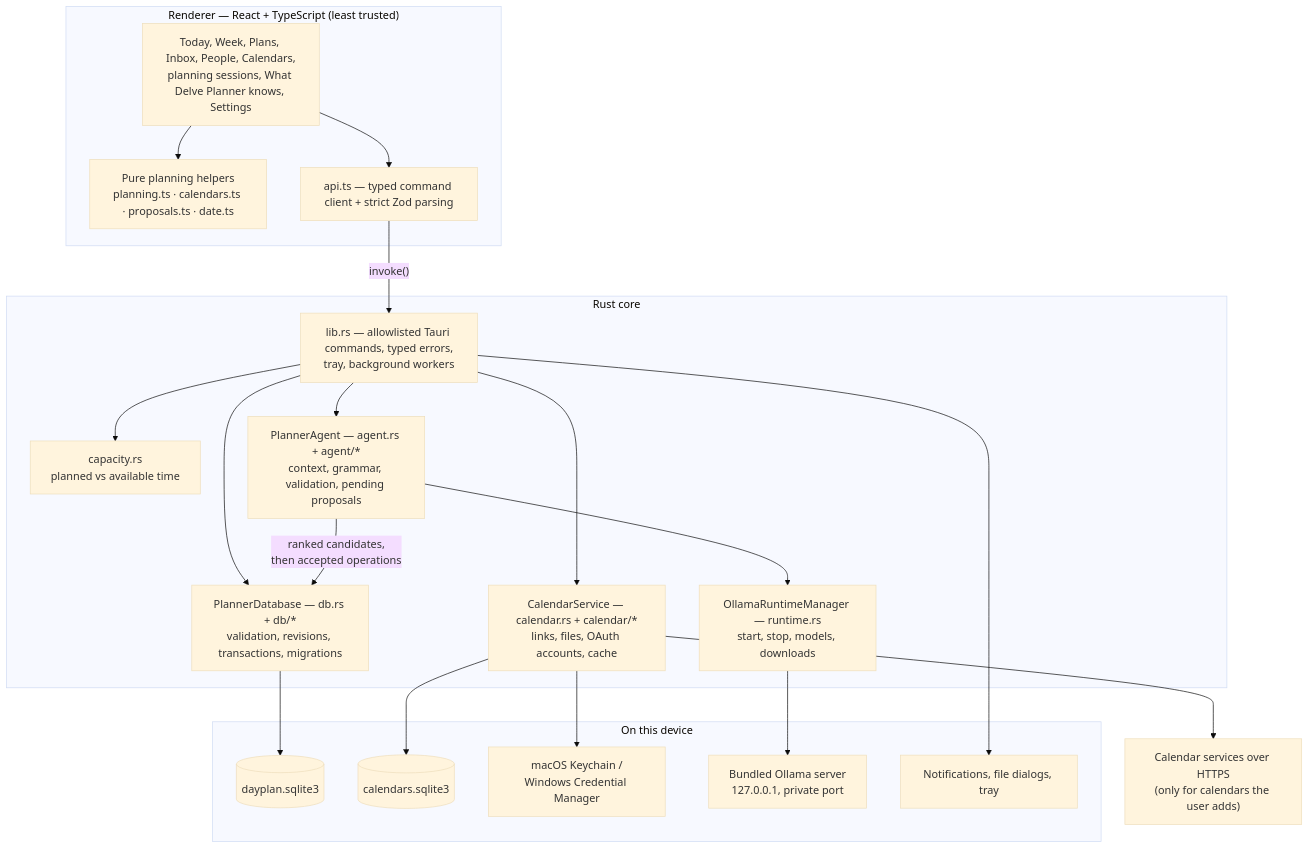
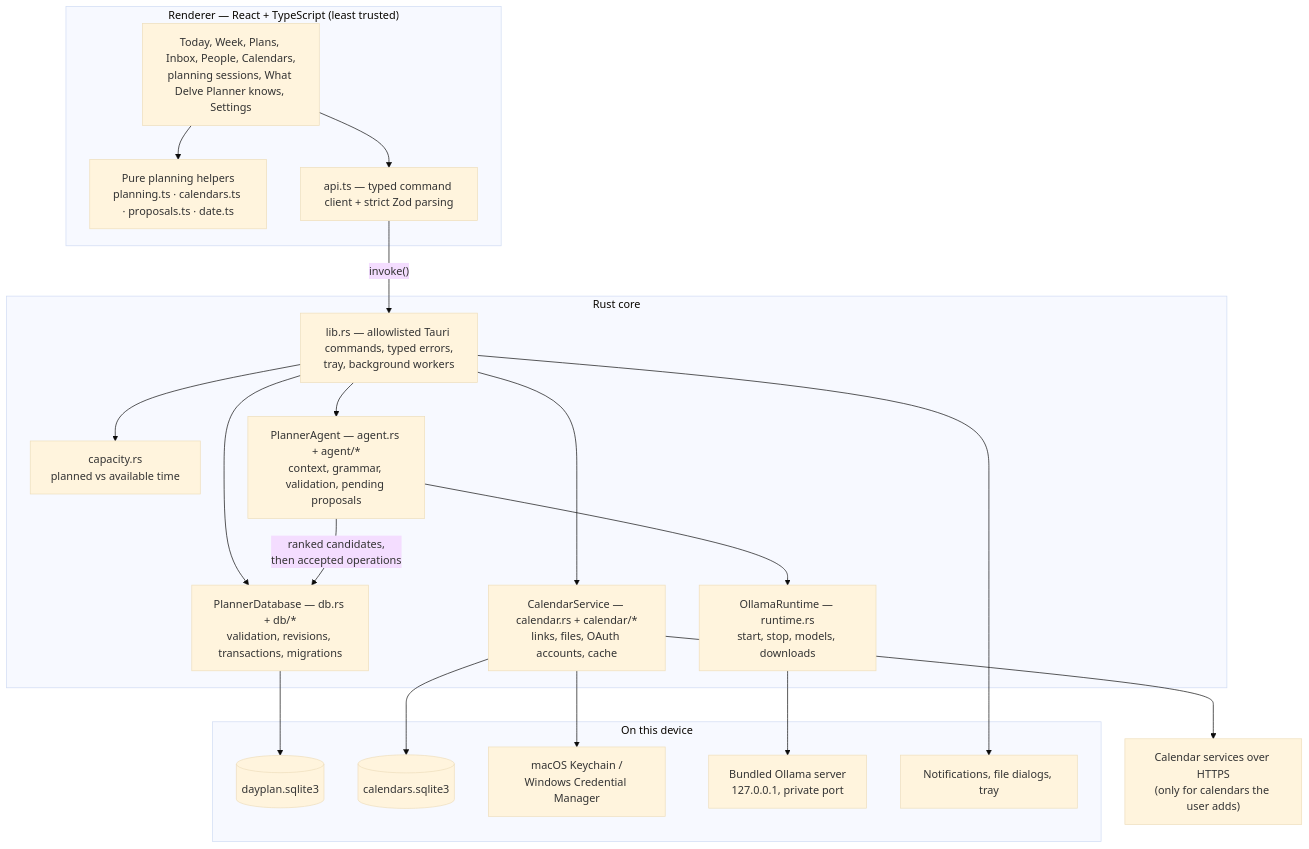
Before and after one commit to Von-Van/DelvePlanner: the diagram in docs/architecture.md, drawn with Mermaid (base theme). The commit also changed other lines of this file and 55 other files, not shown here.

````diff
--- a/docs/architecture.md
+++ b/docs/architecture.md
@@ -7,41 +7,41 @@
 ```mermaid
 flowchart TB
   subgraph renderer["Renderer — React + TypeScript (least trusted)"]
     Views["Today, Week, Plans, Inbox, People, Calendars,<br/>planning sessions, What Delve Planner knows, Settings"]
     Pure["Pure planning helpers<br/>planning.ts · calendars.ts · proposals.ts · date.ts"]
     Client["api.ts — typed command client + strict Zod parsing"]
   end
 
   subgraph core["Rust core"]
     Commands["lib.rs — allowlisted Tauri commands, typed errors,<br/>tray, background workers"]
     Repo["PlannerDatabase — db.rs + db/*<br/>validation, revisions, transactions, migrations"]
     Capacity["capacity.rs<br/>planned vs available time"]
     Calendars["CalendarService — calendar.rs + calendar/*<br/>links, files, OAuth accounts, cache"]
     Agent["PlannerAgent — agent.rs + agent/*<br/>context, grammar, validation, pending proposals"]
-    Runtime["OllamaRuntimeManager — runtime.rs<br/>start, stop, models, downloads"]
+    Runtime["OllamaRuntime — runtime.rs<br/>start, stop, models, downloads"]
   end
 
   subgraph local["On this device"]
     PlannerDB[("dayplan.sqlite3")]
     CalendarDB[("calendars.sqlite3")]
     Keychain["macOS Keychain /<br/>Windows Credential Manager"]
     Ollama["Bundled Ollama server<br/>127.0.0.1, private port"]
     OS["Notifications, file dialogs, tray"]
   end
 
   Remote["Calendar services over HTTPS<br/>(only for calendars the user adds)"]
 
   Views --> Pure
   Views --> Client
   Client -- "invoke()" --> Commands
   Commands --> Repo --> PlannerDB
   Commands --> Capacity
   Commands --> Calendars
   Calendars --> CalendarDB
   Calendars --> Keychain
   Calendars --> Remote
   Commands --> Agent
   Agent -- "ranked candidates,<br/>then accepted operations" --> Repo
   Agent --> Runtime --> Ollama
   Commands --> OS
 ```
````
